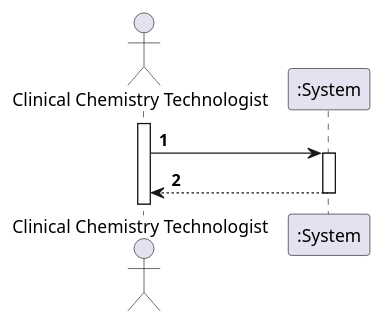
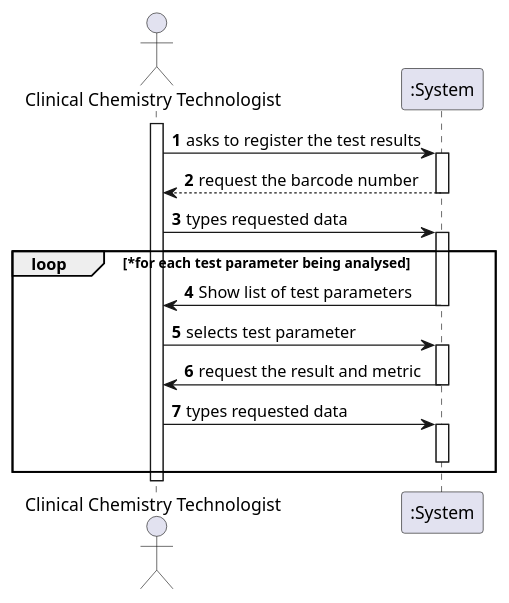
The diagram in docs/SprintC/US12/US12_SSD.puml (manu-07-ela/LAPR2_ISEP), drawn with PlantUML before and after one commit. The commit also changed 2 other files, not shown here.

```diff
--- a/docs/SprintC/US12/US12_SSD.puml
+++ b/docs/SprintC/US12/US12_SSD.puml
@@ -1,11 +1,27 @@
 @startuml
 autonumber
 actor "Clinical Chemistry Technologist" as CCT
 
 activate CCT
-CCT -> ":System" :
+CCT -> ":System" : asks to register the test results
 activate ":System"
-":System" --> CCT :
+":System" --> CCT : request the barcode number
 deactivate ":System"
+CCT -> ":System" : types requested data
+activate ":System"
+loop *for each test parameter being analysed
+":System" -> CCT : Show list of test parameters
+deactivate ":System"
+CCT -> ":System" : selects test parameter
+activate ":System"
+":System" -> CCT : request the result and metric
+deactivate ":System"
+CCT -> ":System" : types requested data
+activate ":System"
+deactivate ":System"
+end
+
+
+deactivate CCT
 
 @enduml
```
